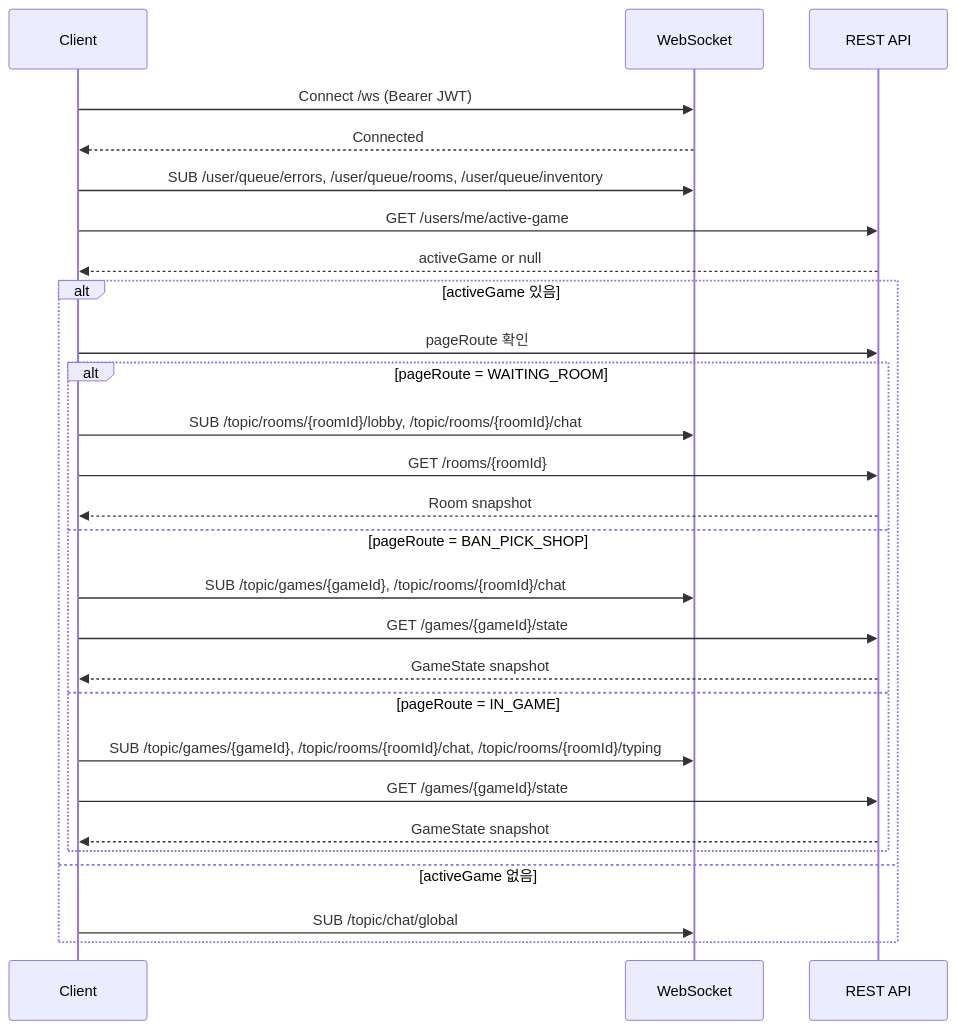
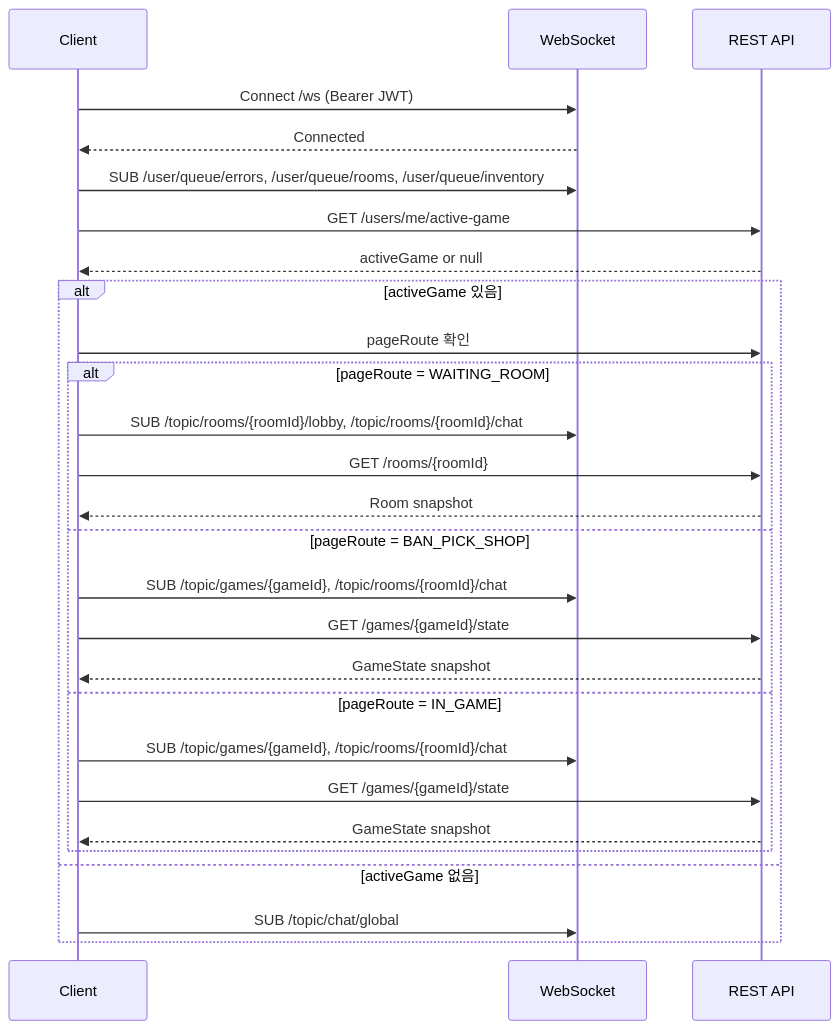
The second of 2 diagrams in 03_API/LIFECYCLE.md (KangGyeongGu/lol-ssot), drawn with Mermaid before and after one commit. The commit also changed other lines of this file and 28 other files, not shown here.

````diff
--- a/03_API/LIFECYCLE.md
+++ b/03_API/LIFECYCLE.md
@@ -175,30 +170,30 @@
 ```mermaid
 sequenceDiagram
   participant C as Client
   participant WS as WebSocket
   participant REST as REST API
 
   C->>WS: Connect /ws (Bearer JWT)
   WS-->>C: Connected
   C->>WS: SUB /user/queue/errors, /user/queue/rooms, /user/queue/inventory
   C->>REST: GET /users/me/active-game
   REST-->>C: activeGame or null
   alt activeGame 있음
     C->>REST: pageRoute 확인
     alt pageRoute = WAITING_ROOM
       C->>WS: SUB /topic/rooms/{roomId}/lobby, /topic/rooms/{roomId}/chat
       C->>REST: GET /rooms/{roomId}
       REST-->>C: Room snapshot
     else pageRoute = BAN_PICK_SHOP
       C->>WS: SUB /topic/games/{gameId}, /topic/rooms/{roomId}/chat
       C->>REST: GET /games/{gameId}/state
       REST-->>C: GameState snapshot
     else pageRoute = IN_GAME
-      C->>WS: SUB /topic/games/{gameId}, /topic/rooms/{roomId}/chat, /topic/rooms/{roomId}/typing
+      C->>WS: SUB /topic/games/{gameId}, /topic/rooms/{roomId}/chat
       C->>REST: GET /games/{gameId}/state
       REST-->>C: GameState snapshot
     end
   else activeGame 없음
     C->>WS: SUB /topic/chat/global
   end
 ```
````
